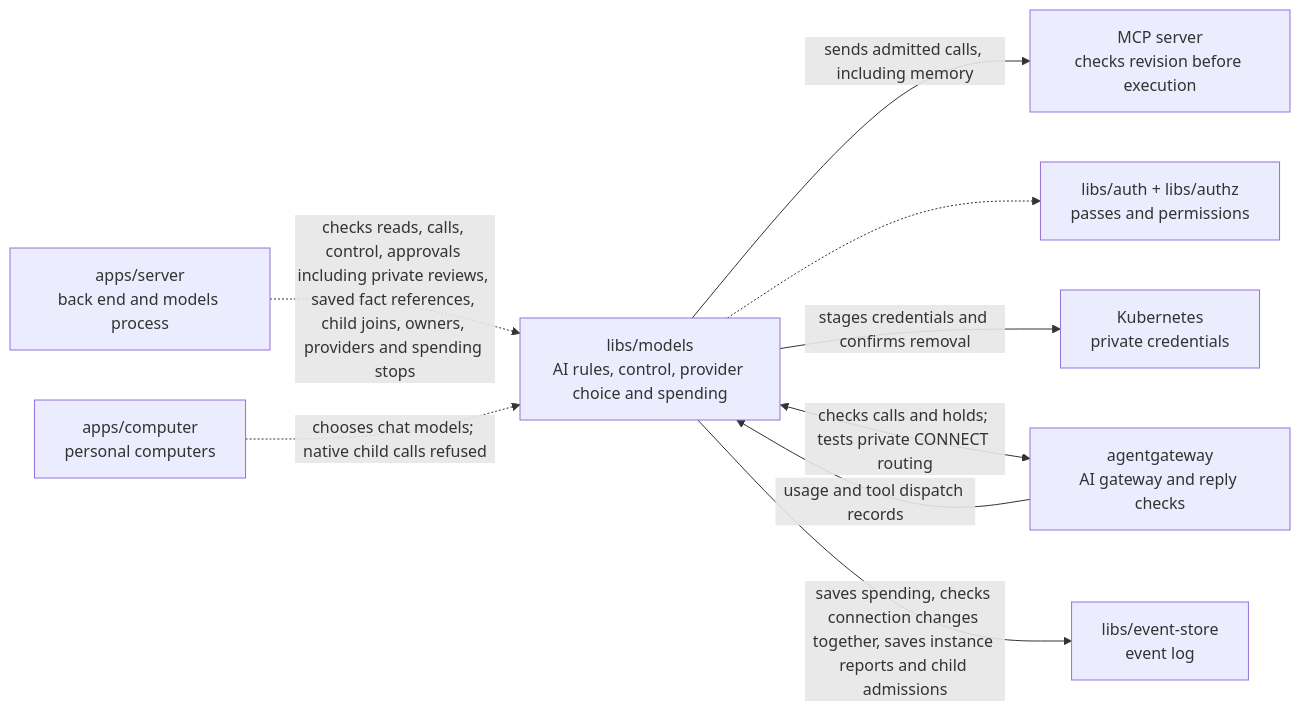
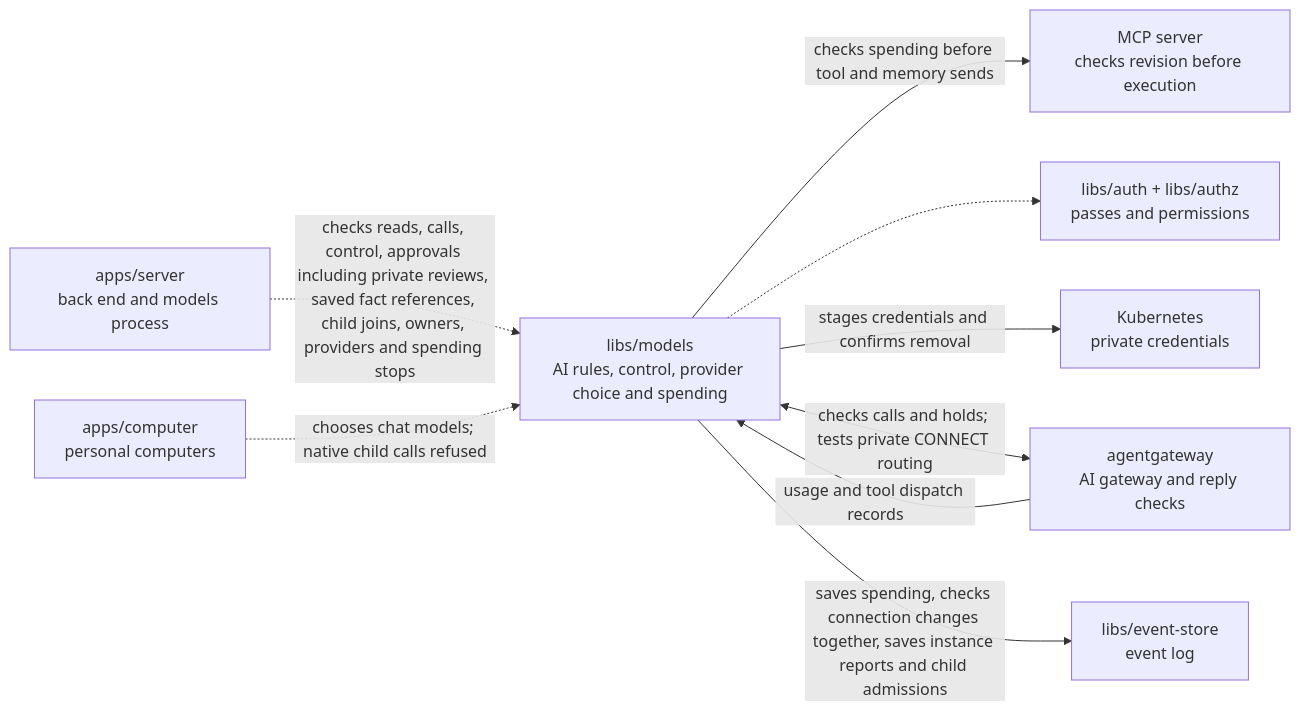
One commit to elewa-git/opencrane-new changed the diagram in libs/models/README.md. Above: the diagram before and after it, drawn with Mermaid. The commit also changed other lines of this file and 13 other files, not shown here.

Commit message:
🛑 Apply spending stops to free tool calls and turn renewals

````diff
--- a/libs/models/README.md
+++ b/libs/models/README.md
@@ -14,11 +14,11 @@
 ```mermaid
 flowchart LR
   server["apps/server<br/>back end and models process"] -.->|checks reads, calls, control, approvals including private reviews, saved fact references, child joins, owners, providers and spending stops| models["libs/models<br/>AI rules, control, provider choice and spending"]
-  models -->|sends admitted calls, including memory| mcp["MCP server<br/>checks revision before execution"]
+  models -->|checks spending before tool and memory sends| mcp["MCP server<br/>checks revision before execution"]
   computer["apps/computer<br/>personal computers"] -.->|chooses chat models; native child calls refused| models
   models -.-> auth["libs/auth + libs/authz<br/>passes and permissions"]
   models -->|stages credentials and confirms removal| custody["Kubernetes<br/>private credentials"]
   models <-->|checks calls and holds; tests private CONNECT routing| gateway["agentgateway<br/>AI gateway and reply checks"]
   gateway -->|usage and tool dispatch records| models
   models -->|saves spending, checks connection changes together, saves instance reports and child admissions| store["libs/event-store<br/>event log"]
 ```
````
